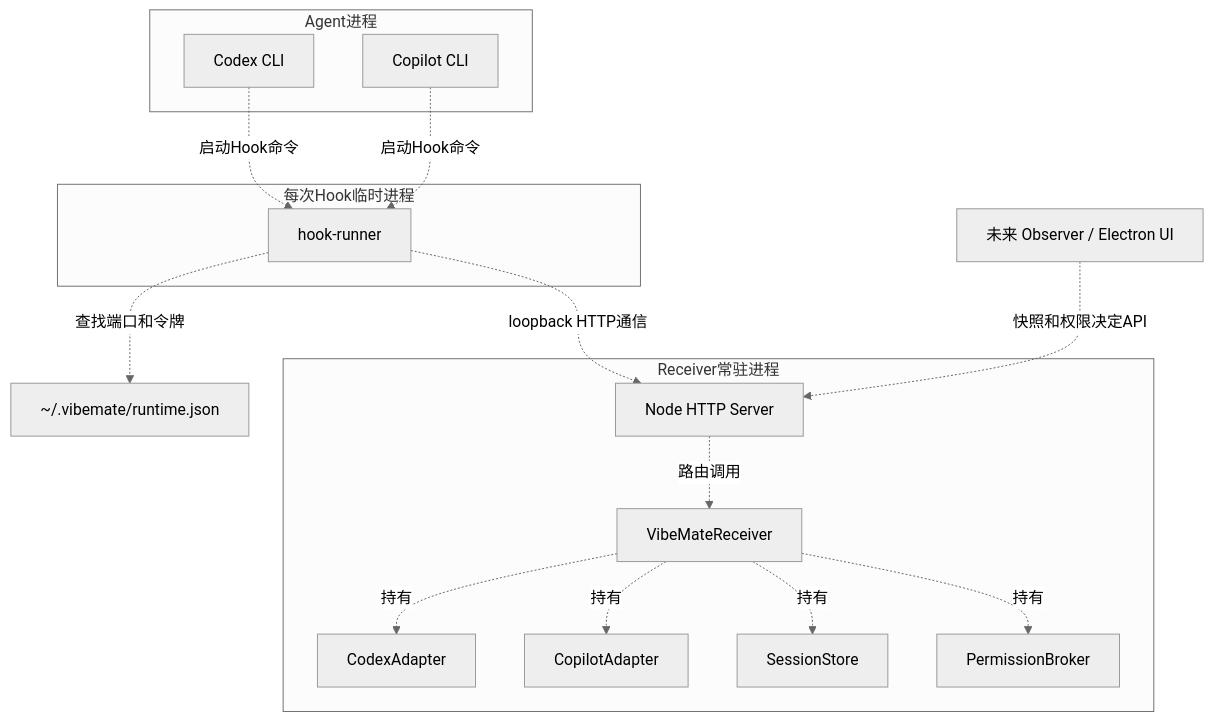
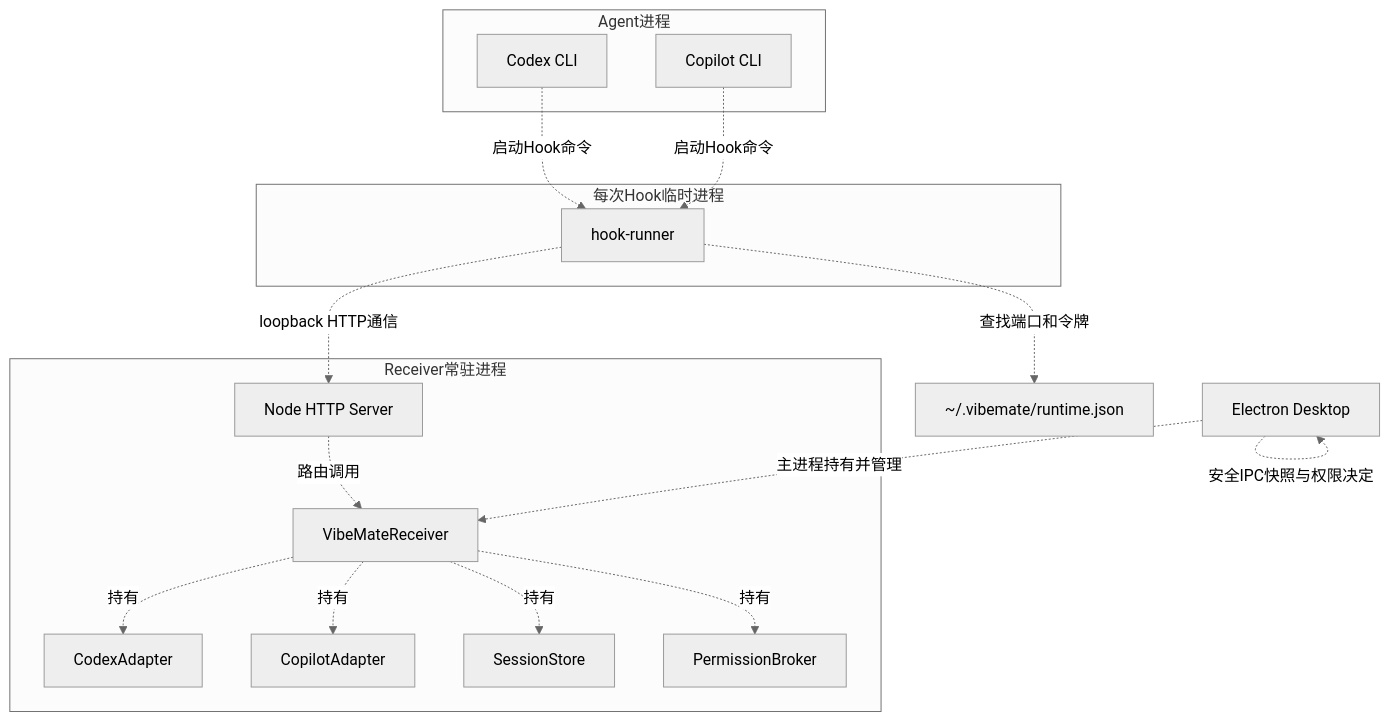
The first of 5 diagrams in docs/current-architecture.md (ericy9/vibemate), drawn with Mermaid (neutral theme) before and after one commit. The commit also changed other lines of this file and 14 other files, not shown here.

Commit message:
feat: add Electron desktop foundation

````diff
--- a/docs/current-architecture.md
+++ b/docs/current-architecture.md
@@ -45,37 +46,38 @@
 ```mermaid
 graph TB
     subgraph Agent进程
         Codex[Codex CLI]
         Copilot[Copilot CLI]
     end
 
     subgraph 每次Hook临时进程
         Runner[hook-runner]
     end
 
     RuntimeFile[~/.vibemate/runtime.json]
 
     subgraph Receiver常驻进程
         HTTP[Node HTTP Server]
         Receiver[VibeMateReceiver]
         CodexAdapter[CodexAdapter]
         CopilotAdapter[CopilotAdapter]
         SessionStore[SessionStore]
         PermissionBroker[PermissionBroker]
     end
 
-    FutureUI[未来 Observer / Electron UI]
+    Desktop[Electron Desktop]
 
     Codex -. 启动Hook命令 .-> Runner
     Copilot -. 启动Hook命令 .-> Runner
     Runner -. 查找端口和令牌 .-> RuntimeFile
     Runner -. loopback HTTP通信 .-> HTTP
 
     HTTP -. 路由调用 .-> Receiver
     Receiver -. 持有 .-> CodexAdapter
     Receiver -. 持有 .-> CopilotAdapter
     Receiver -. 持有 .-> SessionStore
     Receiver -. 持有 .-> PermissionBroker
 
-    FutureUI -. 快照和权限决定API .-> HTTP
+    Desktop -. 主进程持有并管理 .-> Receiver
+    Desktop -. 安全IPC快照与权限决定 .-> Desktop
 ```
````
